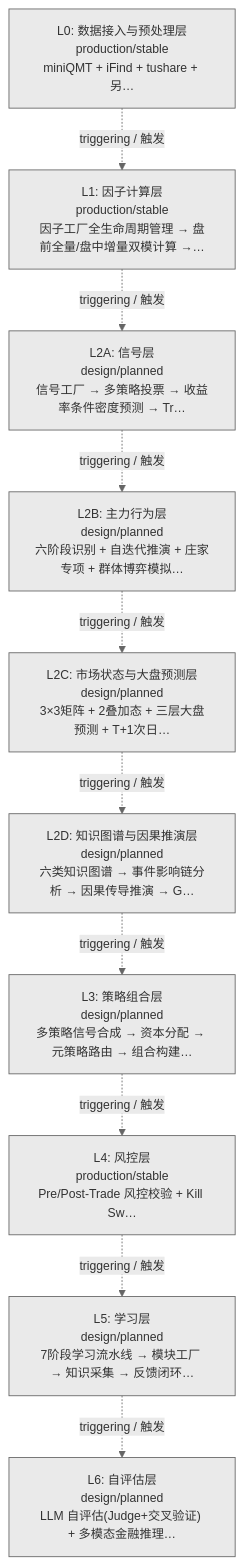
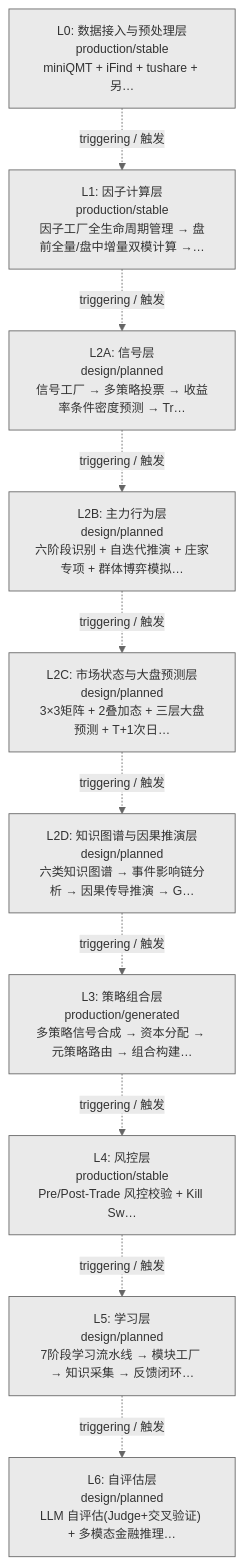
The diagram in docs/02_enterprise_architecture/06_decision_architecture/01_decision_track_model_driven.md (xuanFelixVan/ZephyrAlpha), drawn with Mermaid before and after one commit. The commit also changed other lines of this file and 36 other files, not shown here.

First line of the commit message:
docs(arch): 三图入口索引加大白话解释 + 数据流生成器命名治本

````diff
--- a/docs/02_enterprise_architecture/06_decision_architecture/01_decision_track_model_driven.md
+++ b/docs/02_enterprise_architecture/06_decision_architecture/01_decision_track_model_driven.md
@@ -23,23 +23,23 @@
 ```mermaid
 %%{init: {'theme': 'base', 'themeVariables': {'primaryColor': '#eaeaea', 'primaryTextColor': '#333333', 'primaryBorderColor': '#666666', 'lineColor': '#666666', 'secondaryColor': '#eaeaea', 'tertiaryColor': '#eaeaea', 'fontSize': '14px'}}}%%
 flowchart TD
     LL0["L0: 数据接入与预处理层<br/>production/stable<br/>miniQMT + iFind + tushare + 另…"]
     LL1["L1: 因子计算层<br/>production/stable<br/>因子工厂全生命周期管理 → 盘前全量/盘中增量双模计算 →…"]
     LL2A["L2A: 信号层<br/>design/planned<br/>信号工厂 → 多策略投票 → 收益率条件密度预测 → Tr…"]
     LL2B["L2B: 主力行为层<br/>design/planned<br/>六阶段识别 + 自迭代推演 + 庄家专项 + 群体博弈模拟…"]
     LL2C["L2C: 市场状态与大盘预测层<br/>design/planned<br/>3×3矩阵 + 2叠加态 + 三层大盘预测 + T+1次日…"]
     LL2D["L2D: 知识图谱与因果推演层<br/>design/planned<br/>六类知识图谱 → 事件影响链分析 → 因果传导推演 → G…"]
-    LL3["L3: 策略组合层<br/>design/planned<br/>多策略信号合成 → 资本分配 → 元策略路由 → 组合构建…"]
+    LL3["L3: 策略组合层<br/>production/generated<br/>多策略信号合成 → 资本分配 → 元策略路由 → 组合构建…"]
     LL4["L4: 风控层<br/>production/stable<br/>Pre/Post-Trade 风控校验 + Kill Sw…"]
     LL5["L5: 学习层<br/>design/planned<br/>7阶段学习流水线 → 模块工厂 → 知识采集 → 反馈闭环…"]
     LL6["L6: 自评估层<br/>design/planned<br/>LLM 自评估(Judge+交叉验证) + 多模态金融推理…"]
     LL0 -.->|triggering / 触发| LL1
     LL1 -.->|triggering / 触发| LL2A
     LL2A -.->|triggering / 触发| LL2B
     LL2B -.->|triggering / 触发| LL2C
     LL2C -.->|triggering / 触发| LL2D
     LL2D -.->|triggering / 触发| LL3
     LL3 -.->|triggering / 触发| LL4
     LL4 -.->|triggering / 触发| LL5
     LL5 -.->|triggering / 触发| LL6
 ```
````
